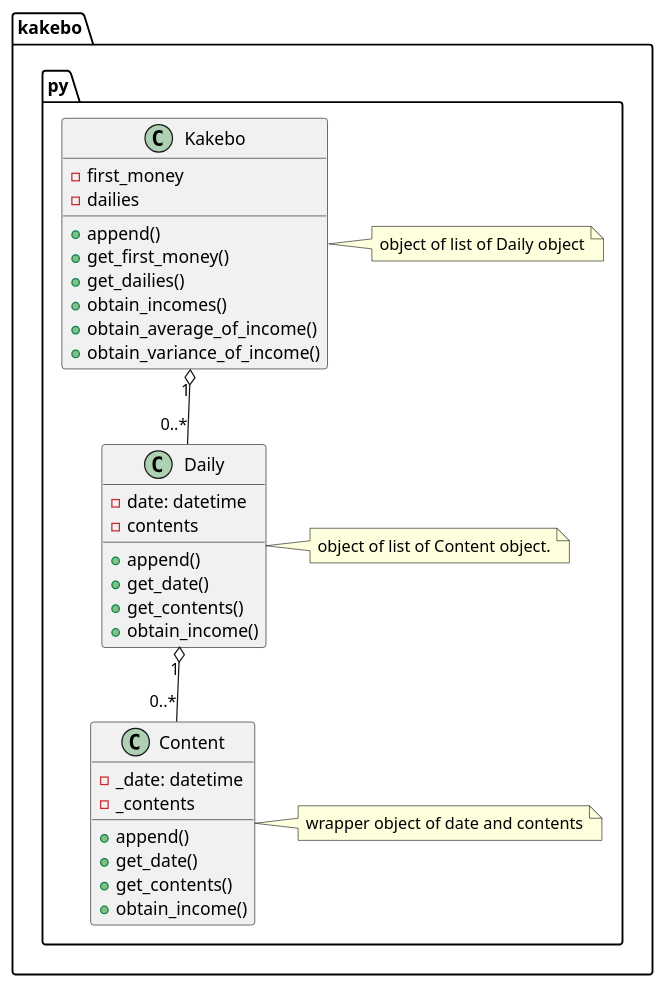
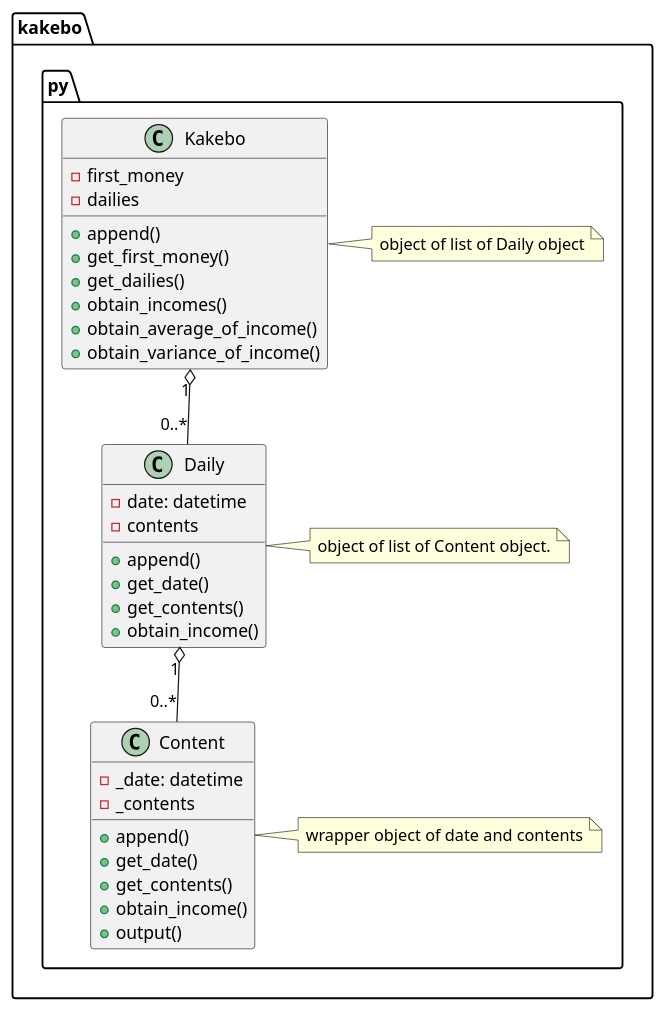
One commit to yassu/Kakebo2 changed the diagram in base.puml. Above: the diagram before and after it, drawn with PlantUML. The commit also changed 2 other files, not shown here.

Commit message:
simple output function

```diff
--- a/base.puml
+++ b/base.puml
@@ -1,43 +1,44 @@
 @startuml
 
 package "kakebo.py"{
 	class Content{
 		-_date: datetime
 		-_contents
 
 		+append()
 		+get_date()
 		+get_contents()
 		+obtain_income()
+		+output()
 	}
 	note right: wrapper object of date and contents
 
 	class Daily{
 		-date: datetime
 		-contents
 		+append()
 		+get_date()
 		+get_contents()	
 		+obtain_income()
 	}
 	note right: object of list of Content object.
 
 	class Kakebo{
 		-first_money
 		-dailies
 		+append()
 		+get_first_money()
 		+get_dailies()
 		+obtain_incomes()
 		+obtain_average_of_income()
 		+obtain_variance_of_income()
 	}
 	note right: object of list of Daily object
 
 
 	Daily  "1" o-- "0..*" Content
 	Kakebo "1" o-- "0..*" Daily
 }
 
 
 @enduml
```
